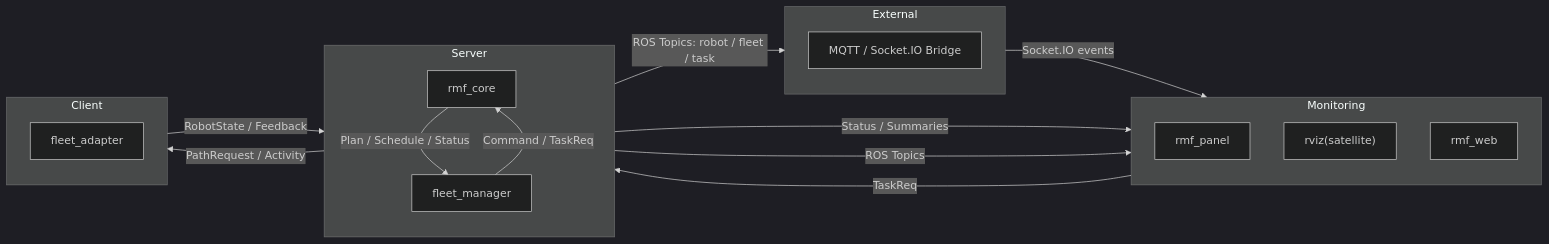
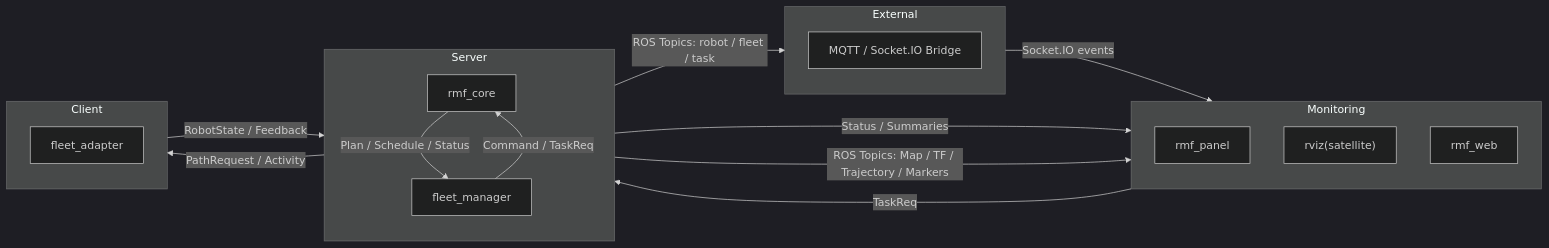
Before and after one commit to DeveloperKSH/Open-RMF_Server: the diagram in README.md, drawn with Mermaid (dark theme).

Commit message:
md file update

````diff
--- a/README.md
+++ b/README.md
@@ -58,48 +58,48 @@
 ```mermaid
 flowchart LR
 
   %% ===== Monitoring (왼쪽 열, 위→아래 고정) =====
   subgraph Mon["Monitoring"]
     direction TB
     panel["rmf_panel"]
     rviz["rviz(satellite)"]
     dash["rmf_web"]
   end
 
   %% ===== Server (가운데 열, 위→아래 고정) =====
   subgraph Core["Server"]
     direction TB
     rmfcore["rmf_core"]
     fm["fleet_manager"]
   end
 
   %% ===== External (오른쪽 위 열) =====
   subgraph Ext["External"]
     direction TB
     bridge["MQTT / Socket.IO Bridge"]
   end
 
   %% ===== Client (오른쪽 열, 아래) =====
   subgraph Clients["Client"]
     direction TB
     adapter["fleet_adapter"]
   end
 
   %% ---------- Monitoring ↔ Server ----------
   panel -->|TaskReq| rmfcore
   rmfcore -->|Status / Summaries| panel
 
-  rmfcore -->|ROS Topics| rviz   
+  rmfcore -->|ROS Topics: Map / TF / Trajectory / Markers| rviz
 
   %% ---------- Server ↔ External ----------
   rmfcore -->|ROS Topics: robot / fleet / task| bridge
   bridge -->|Socket.IO events| dash
 
   %% ---------- Server 내부(양방향) ----------
   fm -->|Command / TaskReq| rmfcore
   rmfcore -->|Plan / Schedule / Status| fm
 
   %% ---------- Server ↔ Client ----------
   fm -->|PathRequest / Activity| adapter
   adapter -->|RobotState / Feedback| fm
 ```
````
